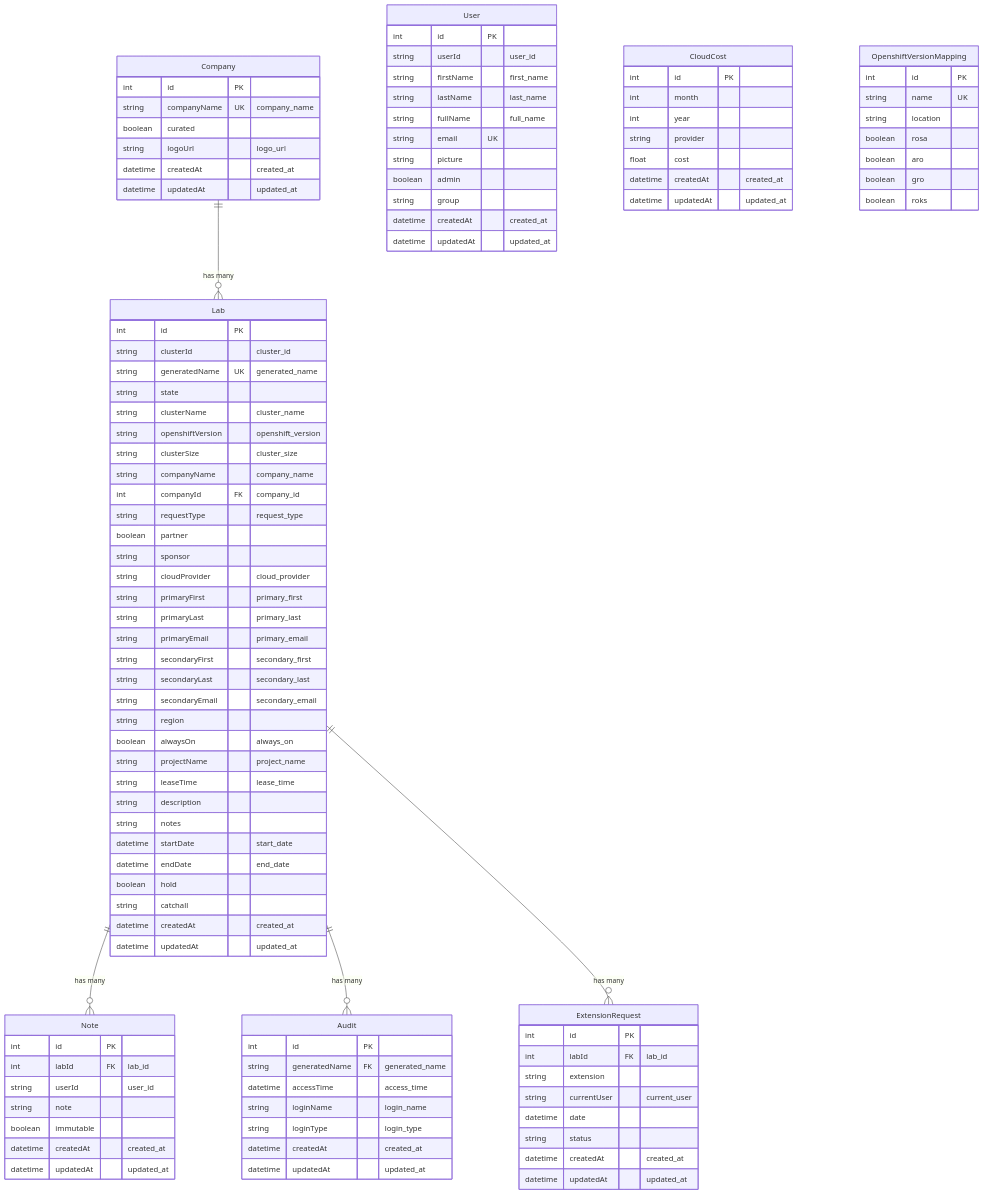
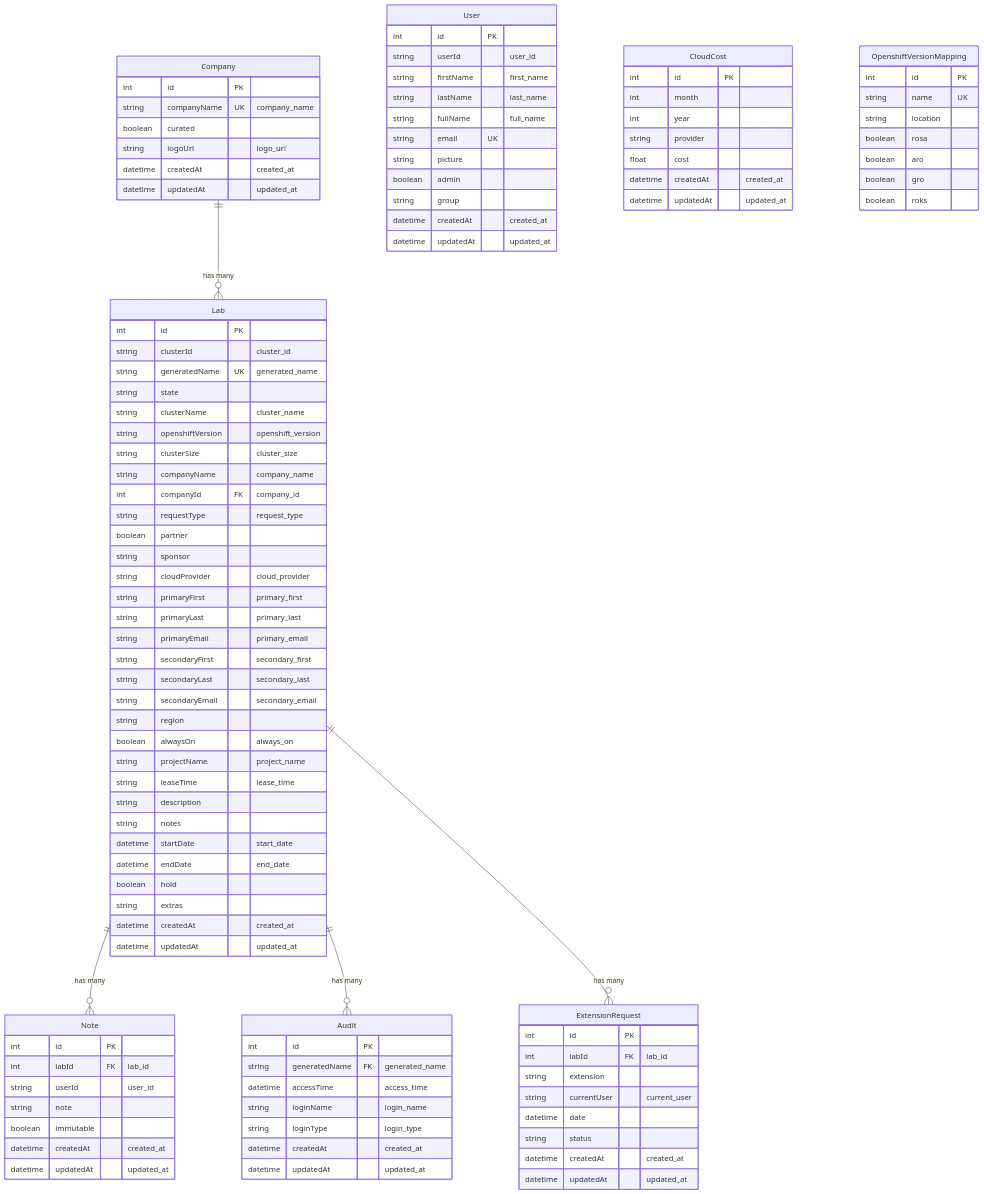
One commit to redhat-openshift-partner-labs/portal changed the second of 3 diagrams in docs/database.md. Above: the diagram before and after it, drawn with Mermaid. The commit also changed other lines of this file and 5 other files, not shown here.

First line of the commit message:
refactor: rename catchall column to extras

```diff
--- a/docs/database.md
+++ b/docs/database.md
@@ -142,7 +142,7 @@
         datetime startDate "start_date"
         datetime endDate "end_date"
         boolean hold
-        string catchall
+        string extras
         datetime createdAt "created_at"
         datetime updatedAt "updated_at"
     }
```
